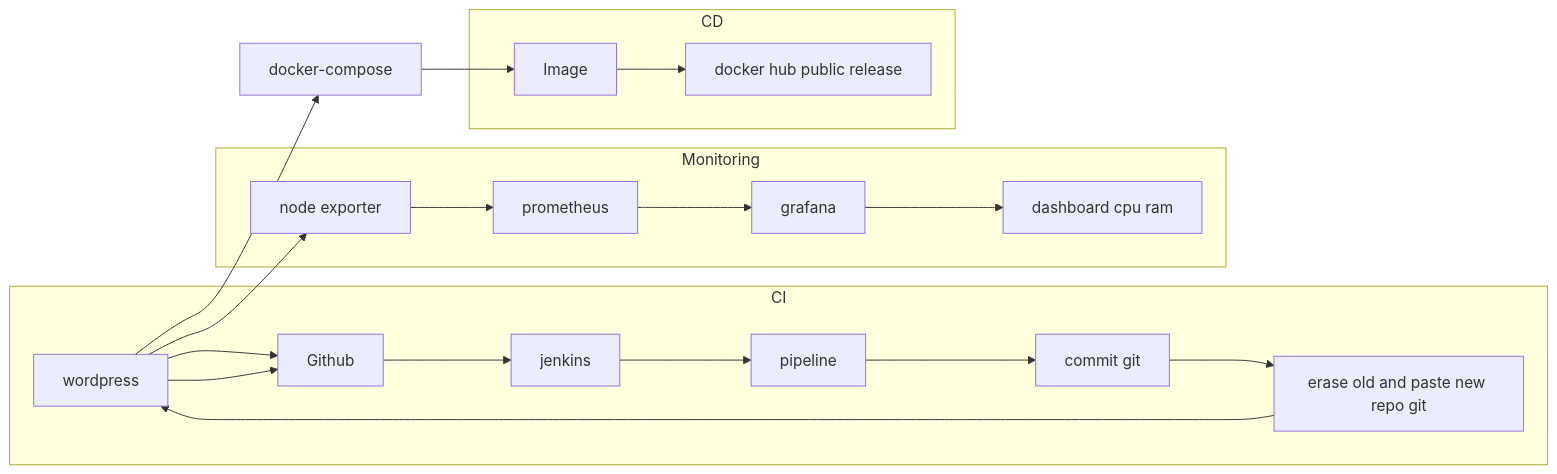
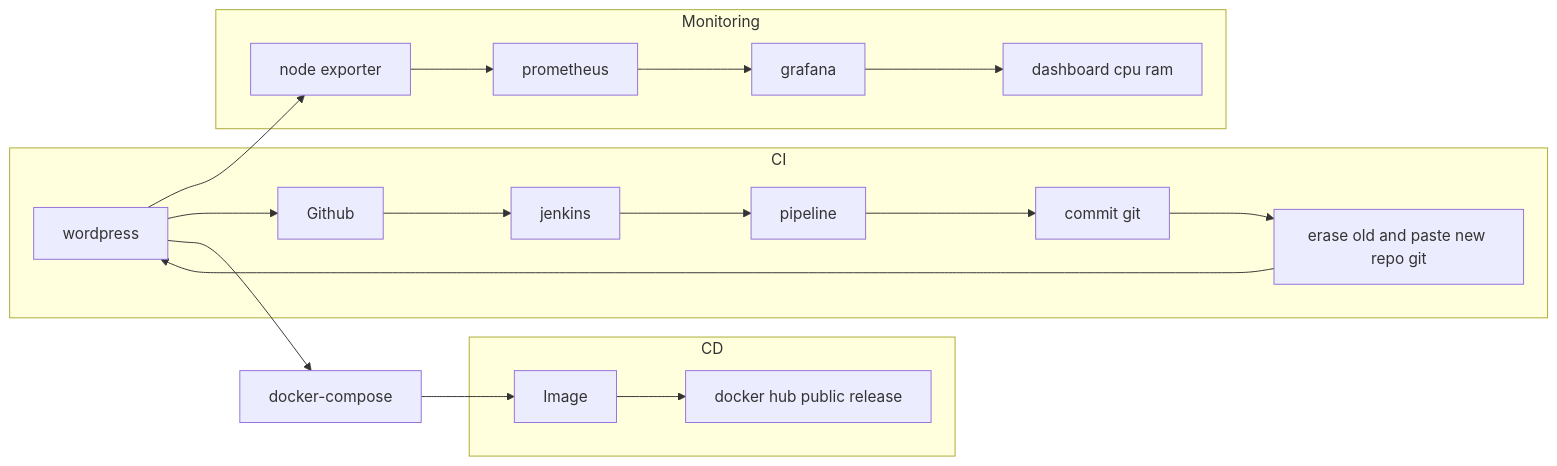
The diagram in README.md (DanyAAD90/CICD_complete_from_scratch), drawn with Mermaid before and after one commit.

````diff
--- a/README.md
+++ b/README.md
@@ -5,23 +5,22 @@
 ```mermaid
 flowchart LR
-A[wordpress] --> B[Github]
-A --> G[node exporter]
+A[wordpress] --> G[node exporter]
 subgraph CI
 A --> B[Github]
 B --> K[jenkins]
 K --> L[pipeline]
 L --> M[commit git]
 M --> N[erase old and paste new repo git]
 N --> A
 end
 subgraph Monitoring
 G --> H[prometheus]
 H --> I[grafana]
 I --> J[dashboard cpu ram]
 end
 A --> D[docker-compose]
 D --> E[Image]
 subgraph CD
 E --> F[docker hub public release]
 end
 ```
````
